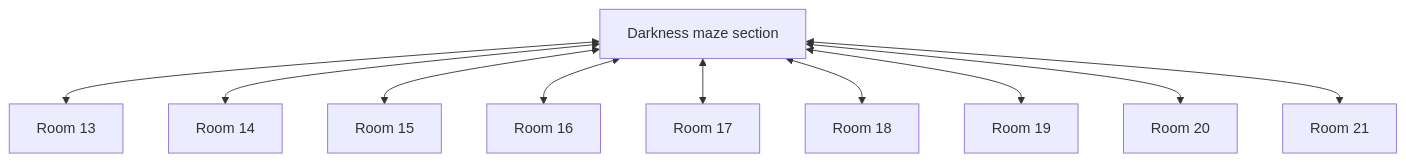
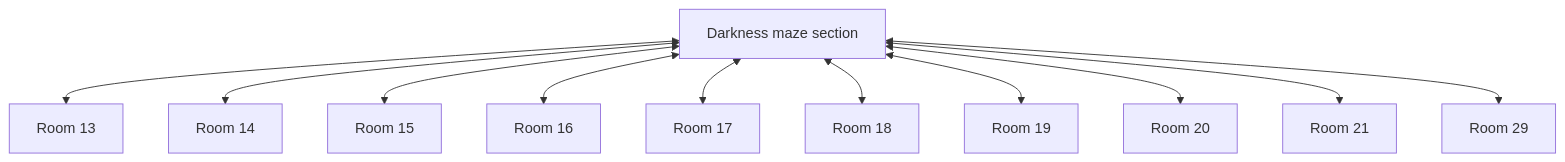
One commit to SlothBorg/Dungeon23 changed the fourth of 5 diagrams in Dungeon/Level_03/README.md. Above: the diagram before and after it, drawn with Mermaid. The commit also changed other lines of this file and 4 other files, not shown here.

````diff
--- a/Dungeon/Level_03/README.md
+++ b/Dungeon/Level_03/README.md
@@ -39,13 +42,14 @@
 ```mermaid
 flowchart TD
     Darkness[Darkness maze section] <-->C13[Room 13]
     Darkness <--> C14[Room 14]
     Darkness <--> C15[Room 15]
     Darkness <--> C16[Room 16]
     Darkness <--> C17[Room 17]
     Darkness <--> C18[Room 18]
     Darkness <--> C19[Room 19]
     Darkness <--> C20[Room 20]
     Darkness <--> C21[Room 21]
+    Darkness <--> C29[Room 29]
 
 ```
````
